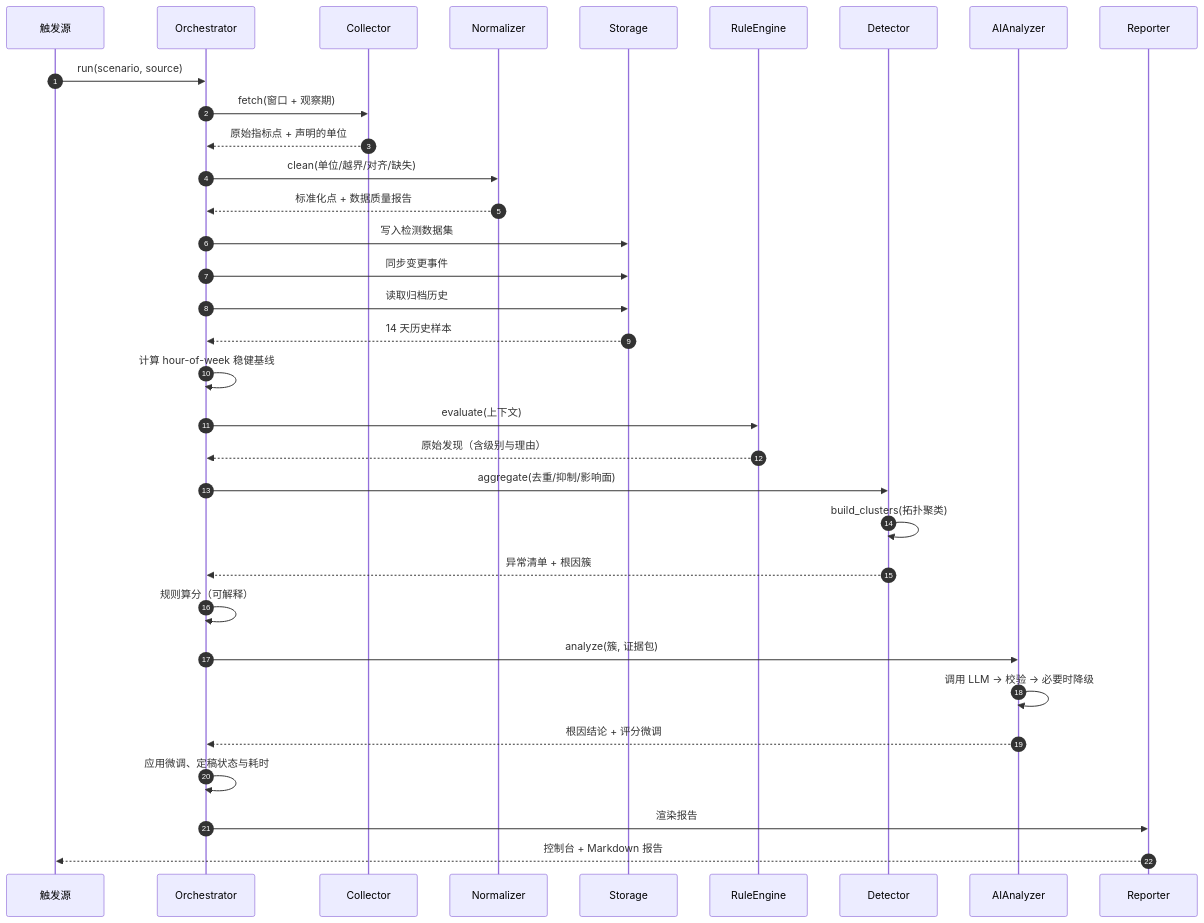
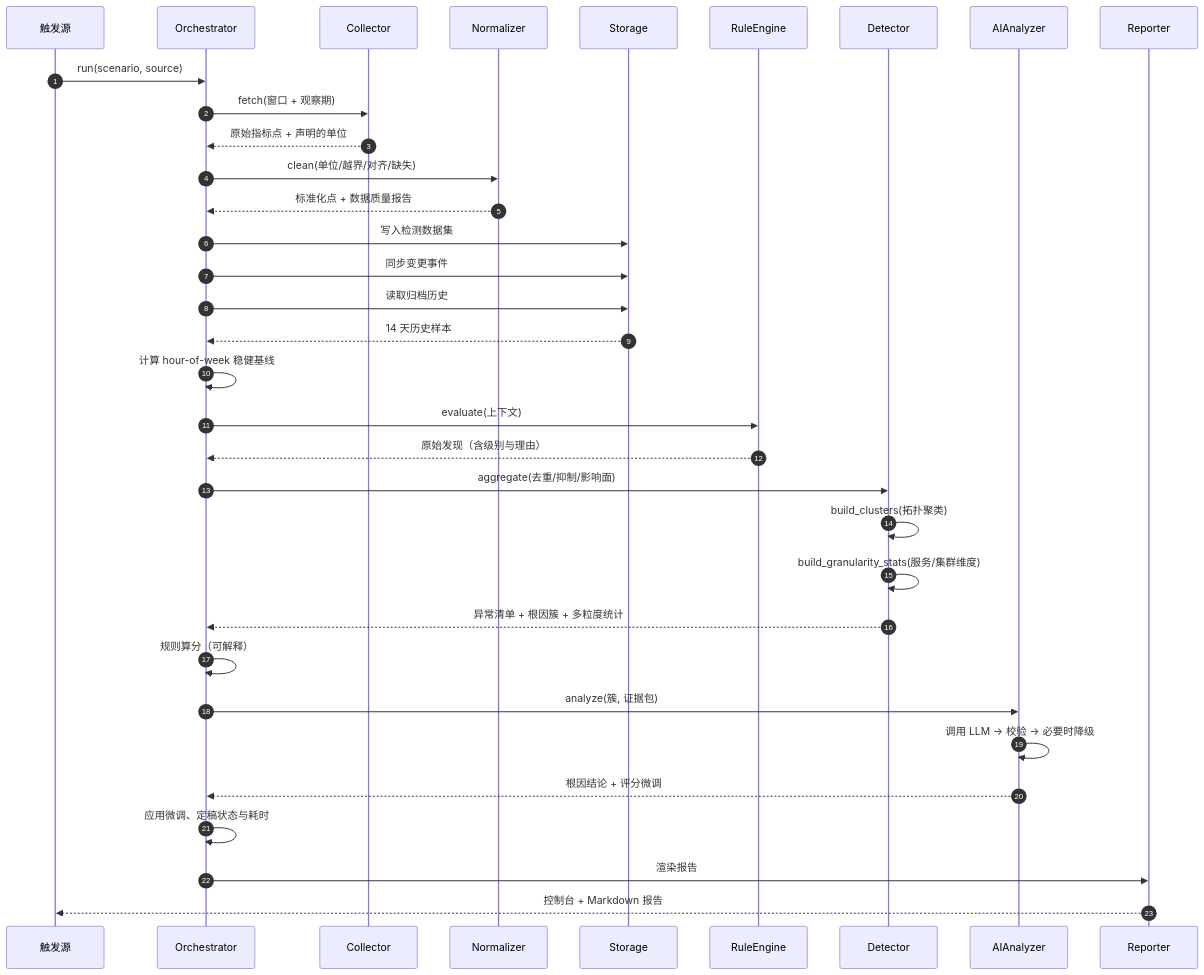
The second of 2 diagrams in docs/01-设计文档.md (YTIANYE/StaGuardAgent), drawn with Mermaid before and after one commit. The commit also changed other lines of this file and 4 other files, not shown here.

````diff
--- a/docs/01-设计文档.md
+++ b/docs/01-设计文档.md
@@ -68,36 +71,37 @@
 ```mermaid
 sequenceDiagram
     autonumber
     participant T as 触发源
     participant O as Orchestrator
     participant C as Collector
     participant N as Normalizer
     participant S as Storage
     participant R as RuleEngine
     participant D as Detector
     participant A as AIAnalyzer
     participant P as Reporter
 
     T->>O: run(scenario, source)
     O->>C: fetch(窗口 + 观察期)
     C-->>O: 原始指标点 + 声明的单位
     O->>N: clean(单位/越界/对齐/缺失)
     N-->>O: 标准化点 + 数据质量报告
     O->>S: 写入检测数据集
     O->>S: 同步变更事件
     O->>S: 读取归档历史
     S-->>O: 14 天历史样本
     O->>O: 计算 hour-of-week 稳健基线
     O->>R: evaluate(上下文)
     R-->>O: 原始发现（含级别与理由）
     O->>D: aggregate(去重/抑制/影响面)
     D->>D: build_clusters(拓扑聚类)
-    D-->>O: 异常清单 + 根因簇
+    D->>D: build_granularity_stats(服务/集群维度)
+    D-->>O: 异常清单 + 根因簇 + 多粒度统计
     O->>O: 规则算分（可解释）
     O->>A: analyze(簇, 证据包)
     A->>A: 调用 LLM → 校验 → 必要时降级
     A-->>O: 根因结论 + 评分微调
     O->>O: 应用微调、定稿状态与耗时
     O->>P: 渲染报告
     P-->>T: 控制台 + Markdown 报告
 ```
````
